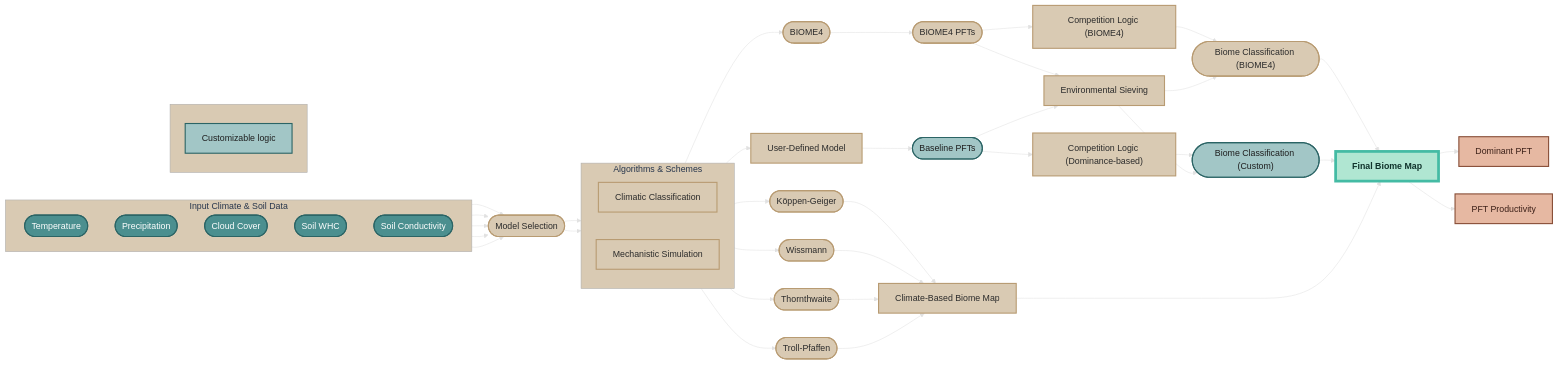
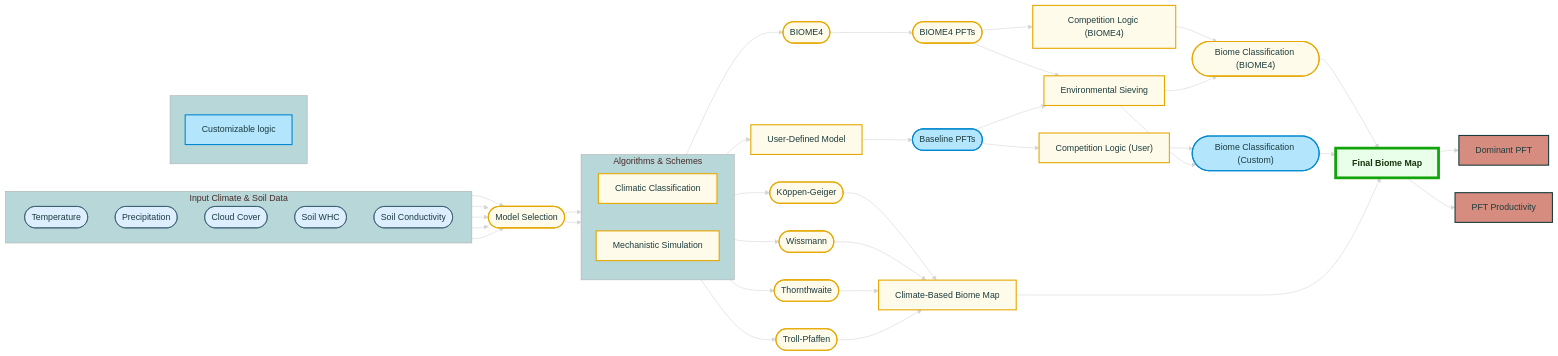
The diagram in README.md (clechartre/Biome.jl), drawn with Mermaid before and after one commit.

Commit message:
revert chart colors

````diff
--- a/README.md
+++ b/README.md
@@ -28,19 +28,19 @@
     rankSpacing: 30
     layoutDirection: TB
   themeVariables:
-    background: '#1E1E1E'
-    edgeColor: '#C0D6D6'
+    background: '#2B2B2B'
+    edgeColor: '#FFFFFF'
     primaryColor: '#2B6465'
     primaryTextColor: '#FFFFFF'
     primaryBorderColor: '#1B3C3D'
-    secondaryColor: '#4B8F8F'
-    tertiaryColor: '#D9CAB3'
-    edgeLabelBackground: '#2B6465'
-    textColor: '#E8F1F1'
+    secondaryColor: '#F3E3AB'
+    tertiaryColor: '#B7D7D8'
+    edgeLabelBackground: '#FFFFFF'
+    textColor: '#FFFFFF'
     fontFamily: ''
     fontSize: 16px
-    noteBkgColor: '#F6F1EB'
-    noteTextColor: '#1E1E1E'
+    noteBkgColor: '#F9F9F9'
+    noteTextColor: '#2B2B2B'
   layout: dagre
 ---
 flowchart LR
@@ -66,7 +66,7 @@
     E1 --> F1(["BIOME4 PFTs"])
     E2 --> F2(["Baseline PFTs"])
     F1 --> G1["Competition Logic (BIOME4)"] & G["Environmental Sieving"]
-    F2 --> G2["Competition Logic (Dominance-based)"] & G
+    F2 --> G2["Competition Logic (User)"] & G
     G1 --> H1(["Biome Classification (BIOME4)"])
     G2 --> H2(["Biome Classification (Custom)"])
     G --> H1 & H2
@@ -114,10 +114,11 @@
     n2:::finalsmall
     B:::schemebox
 
-    classDef inputbox fill:#4B8F8F,stroke:#2B6465,color:#FFFFFF,stroke-width:2px
-    classDef schemebox fill:#D9CAB3,stroke:#B89B72,color:#2B2B2B,stroke-width:2px
-    classDef outputbox fill:#B0E6D2,stroke:#44BBA4,stroke-width:5px,color:#10332C,font-weight:bold
-    classDef finalsmall fill:#E6B8A2,stroke:#874D36,stroke-width:2px,color:#3B1F17
-    classDef custombox fill:#A2C6C6,stroke:#2B6465,color:#1E1E1E,stroke-width:2px
+    classDef inputbox fill:#DDEEFF,stroke:#2B4F65,color:#1B3C3D
+    classDef schemebox fill:#FFFBEA,stroke:#E6A800,color:#1B3C3D,stroke-width:2px
+    classDef outputbox fill:#eaffea,stroke:#13a30a,stroke-width:5px,color:#15330a,font-weight:bold
+    classDef finalsmall fill:#D68D7F,stroke:#1B3C3D,stroke-width:2px,color:#1B3C3D
+    classDef custombox fill:#B3E5FC,stroke:#0288D1,color:#1B3C3D,stroke-width:2px
+
 
 ```
````
